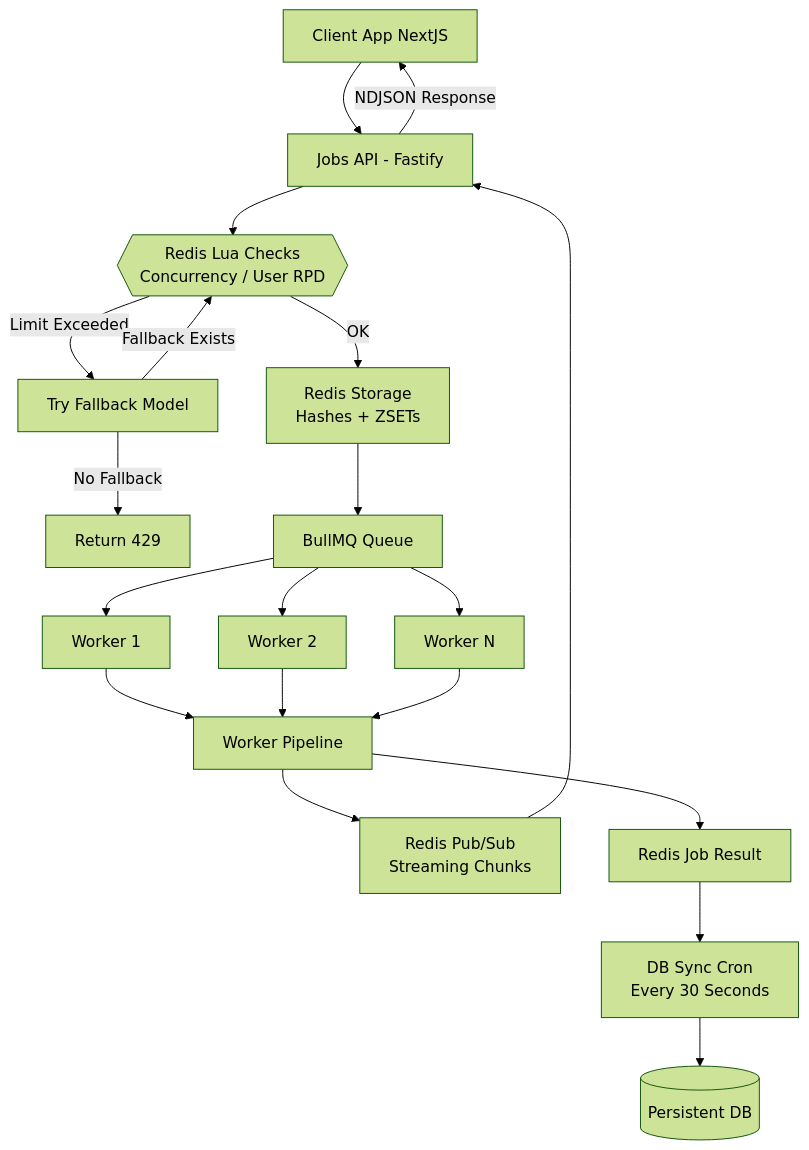
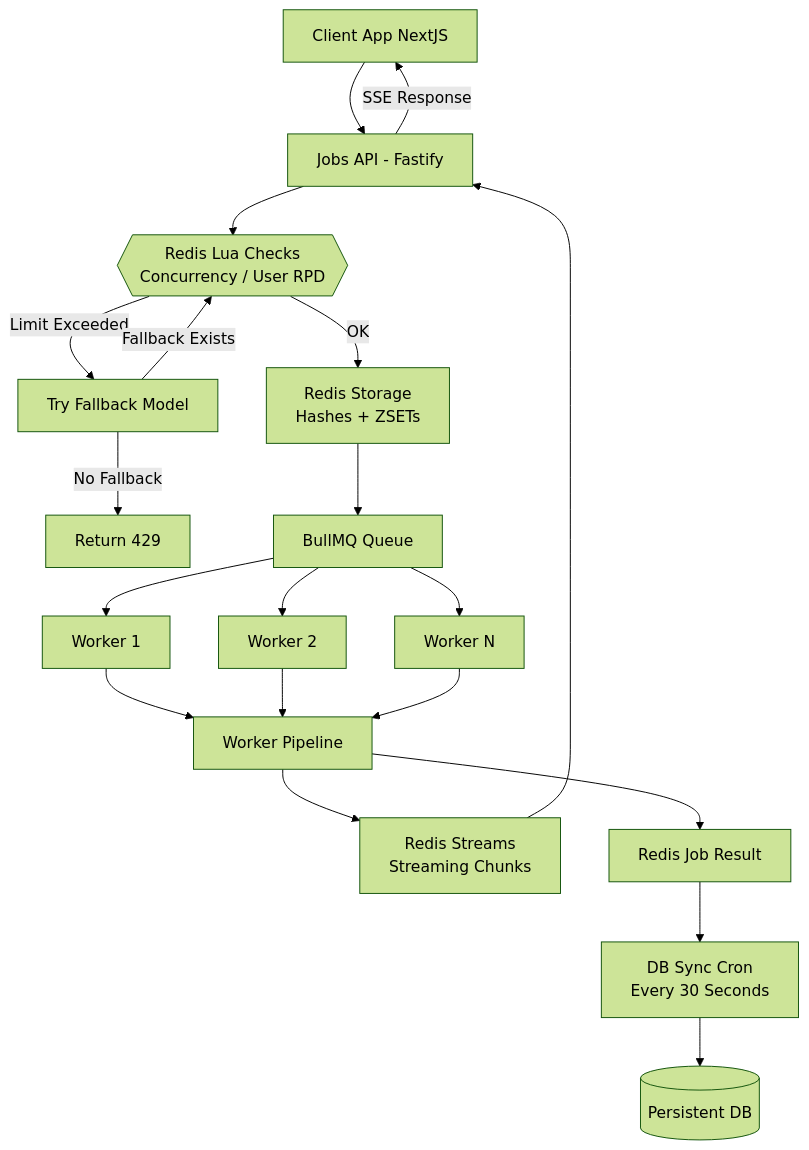
The first of 3 diagrams in docs/Architecture.md (DmitriyMuliak/z1mak-cv-queue), drawn with Mermaid (forest theme) before and after one commit. The commit also changed other lines of this file and 22 other files, not shown here.

````diff
--- a/docs/Architecture.md
+++ b/docs/Architecture.md
@@ -29,22 +29,22 @@
 ```mermaid
 flowchart TD
     A[Client App NextJS] --> B[Jobs API - Fastify]
     B --> C{{Redis Lua Checks\nConcurrency / User RPD}}
     C -->|OK| R1[Redis Storage\nHashes + ZSETs]
     C -->|Limit Exceeded| F1[Try Fallback Model]
     F1 -->|Fallback Exists| C
     F1 -->|No Fallback| Z1[Return 429]
     R1 --> Q[BullMQ Queue]
     Q --> W1[Worker 1]
     Q --> W2[Worker 2]
     Q --> W3[Worker N]
     W1 --> P[Worker Pipeline]
     W2 --> P
     W3 --> P
-    P --> STREAM[Redis Pub/Sub\nStreaming Chunks]
+    P --> STREAM[Redis Streams\nStreaming Chunks]
     STREAM --> B
-    B -->|NDJSON Response| A
+    B -->|SSE Response| A
     P --> R2[Redis Job Result]
     R2 --> CRON[DB Sync Cron\nEvery 30 Seconds]
     CRON --> DB[(Persistent DB)]
 ```
````
